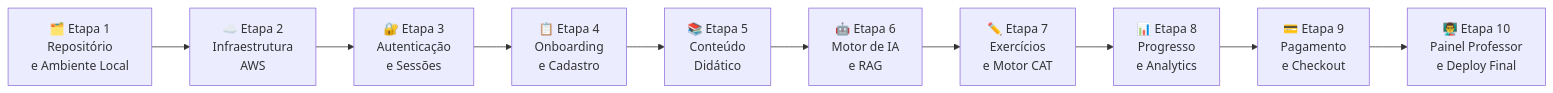
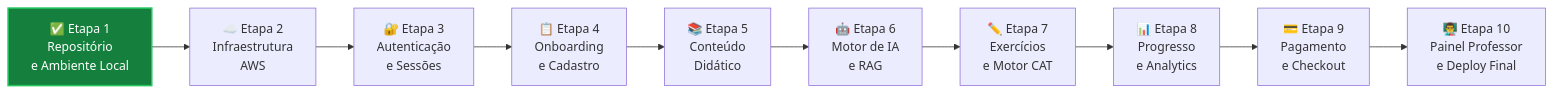
The first of 2 diagrams in docs-site/docs/implementation/index.md (SiadeLucas/Tutor-Inteligente), drawn with Mermaid before and after one commit. The commit also changed other lines of this file and 22 other files, not shown here.

````diff
--- a/docs-site/docs/implementation/index.md
+++ b/docs-site/docs/implementation/index.md
@@ -54,15 +54,17 @@
 ```mermaid
 graph LR
-    E1["🗂️ Etapa 1\nRepositório\ne Ambiente Local"]
+    E1["✅ Etapa 1\nRepositório\ne Ambiente Local"]
     E2["☁️ Etapa 2\nInfraestrutura\nAWS"]
     E3["🔐 Etapa 3\nAutenticação\ne Sessões"]
     E4["📋 Etapa 4\nOnboarding\ne Cadastro"]
     E5["📚 Etapa 5\nConteúdo\nDidático"]
     E6["🤖 Etapa 6\nMotor de IA\ne RAG"]
     E7["✏️ Etapa 7\nExercícios\ne Motor CAT"]
     E8["📊 Etapa 8\nProgresso\ne Analytics"]
     E9["💳 Etapa 9\nPagamento\ne Checkout"]
     E10["👨‍🏫 Etapa 10\nPainel Professor\ne Deploy Final"]
 
     E1 --> E2 --> E3 --> E4 --> E5 --> E6 --> E7 --> E8 --> E9 --> E10
+
+    style E1 fill:#15803d,stroke:#22c55e,stroke-width:2px,color:#fff
 ```
````
